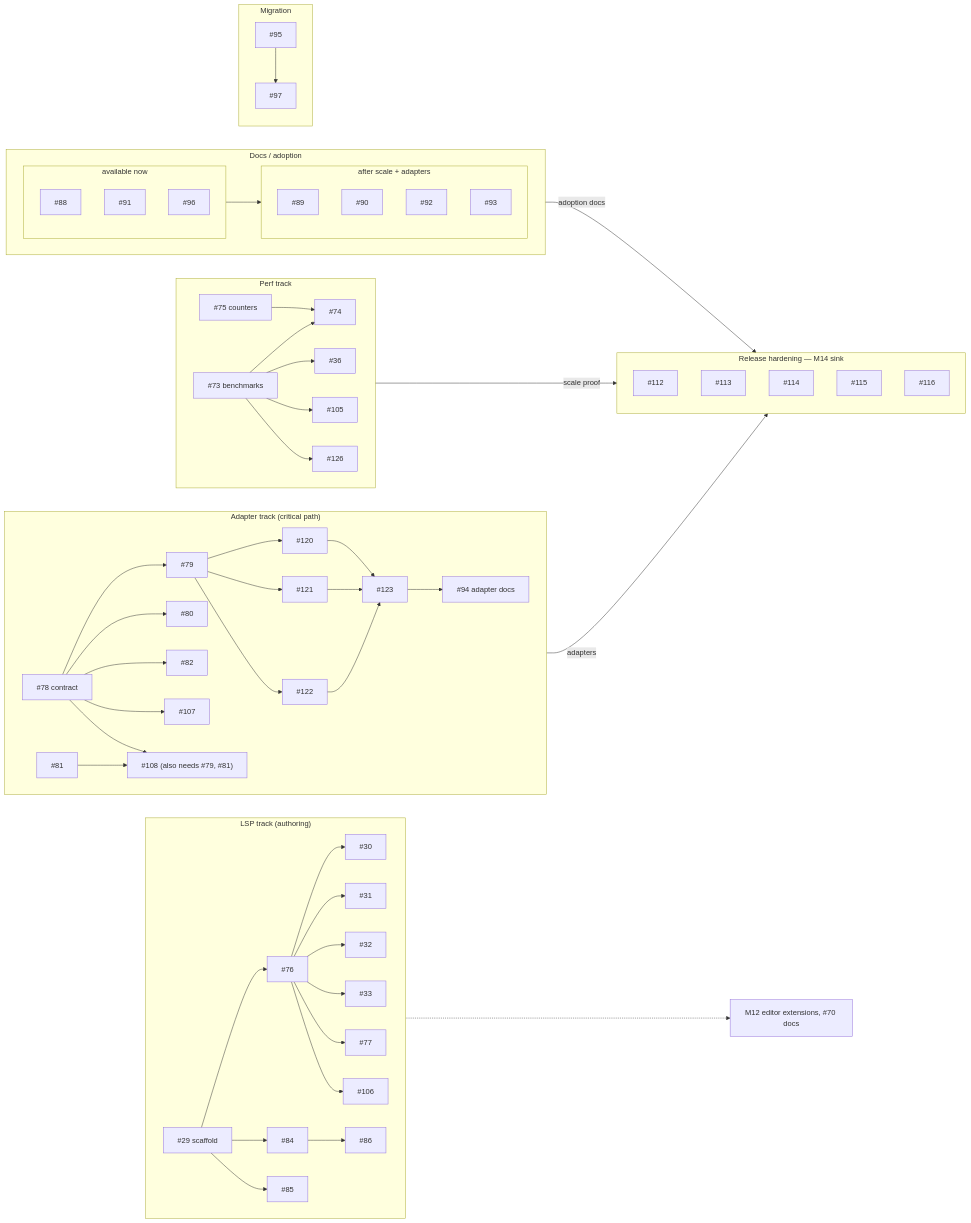
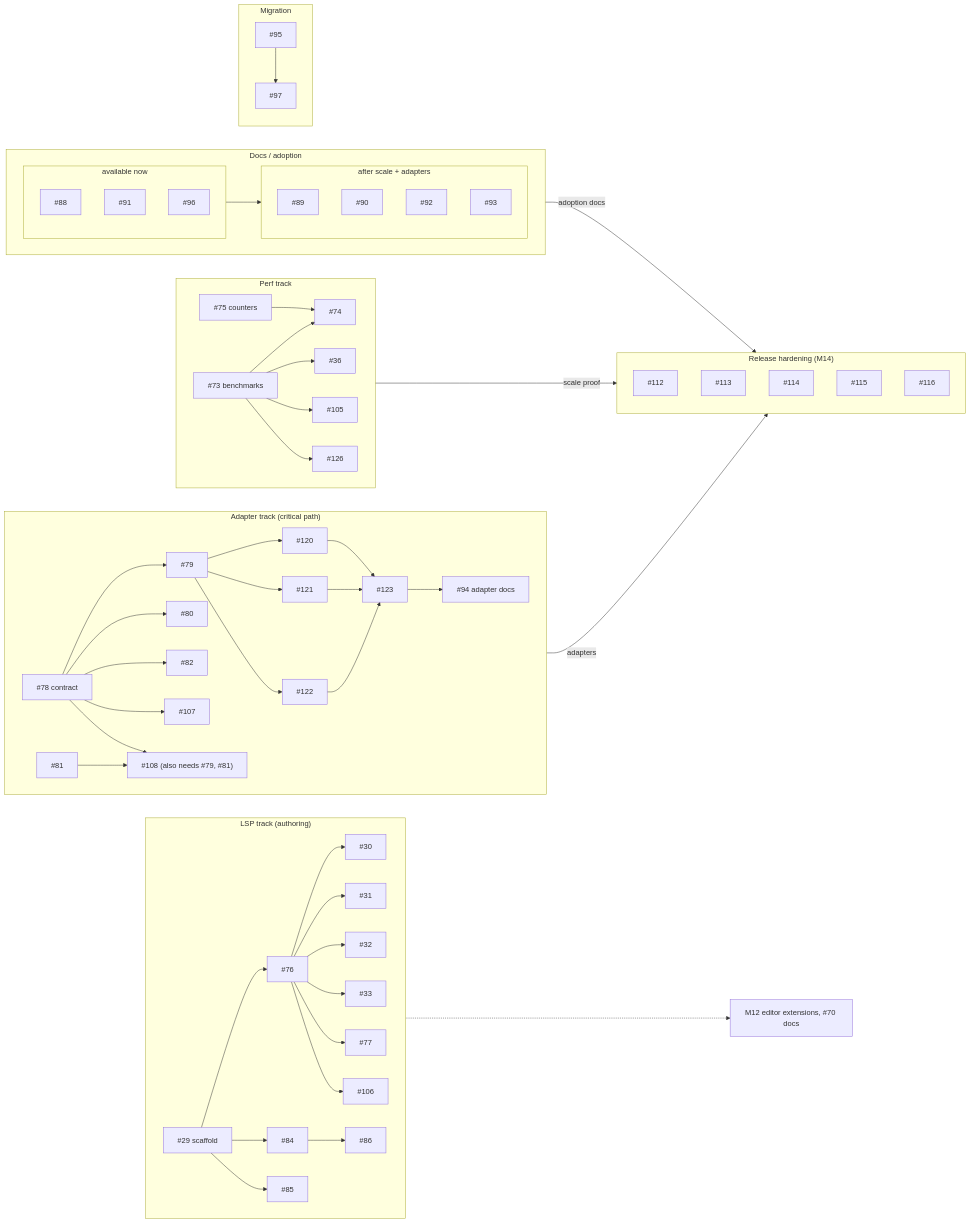
The diagram in docs/roadmap.md (plethu/recite), drawn with Mermaid before and after one commit. The commit also changed other lines of this file and 4 other files, not shown here.

````diff
--- a/docs/roadmap.md
+++ b/docs/roadmap.md
@@ -49,75 +48,75 @@
 ```mermaid
 flowchart LR
   subgraph LSP["LSP track (authoring)"]
     direction LR
     i29["#29 scaffold"] --> i76["#76"]
     i29 --> i84["#84"]
     i29 --> i85["#85"]
     i76 --> i30["#30"]
     i76 --> i31["#31"]
     i76 --> i32["#32"]
     i76 --> i33["#33"]
     i76 --> i77["#77"]
     i76 --> i106["#106"]
     i84 --> i86["#86"]
   end
 
   subgraph ADP["Adapter track (critical path)"]
     direction LR
     i78["#78 contract"] --> i79["#79"]
     i78 --> i80["#80"]
     i78 --> i82["#82"]
     i78 --> i107["#107"]
     i79 --> i120["#120"]
     i79 --> i121["#121"]
     i79 --> i122["#122"]
     i120 --> i123["#123"]
     i121 --> i123
     i122 --> i123
     i123 --> i94["#94 adapter docs"]
     i78 --> i108["#108 (also needs #79, #81)"]
     i81["#81"] --> i108
   end
 
   subgraph PERF["Perf track"]
     direction LR
     i73["#73 benchmarks"] --> i74["#74"]
     i73 --> i36["#36"]
     i73 --> i105["#105"]
     i73 --> i126["#126"]
     i75["#75 counters"] --> i74
   end
 
   subgraph DOCS["Docs / adoption"]
     direction LR
     subgraph DNOW["available now"]
       i88["#88"]
       i91["#91"]
       i96["#96"]
     end
     subgraph DLATER["after scale + adapters"]
       i89["#89"]
       i90["#90"]
       i92["#92"]
       i93["#93"]
     end
     DNOW --> DLATER
   end
 
   subgraph MIG["Migration"]
     i95["#95"] --> i97["#97"]
   end
 
-  subgraph REL["Release hardening — M14 sink"]
+  subgraph REL["Release hardening (M14)"]
     i112["#112"]
     i113["#113"]
     i114["#114"]
     i115["#115"]
     i116["#116"]
   end
 
   i85 -.-> editor["M12 editor extensions, #70 docs"]
   i94 -- adapters --> REL
   i74 -- scale proof --> REL
   DLATER -- adoption docs --> REL
 ```
````
